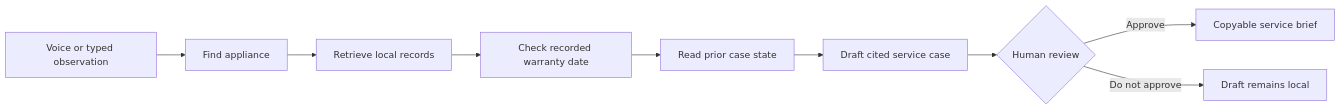
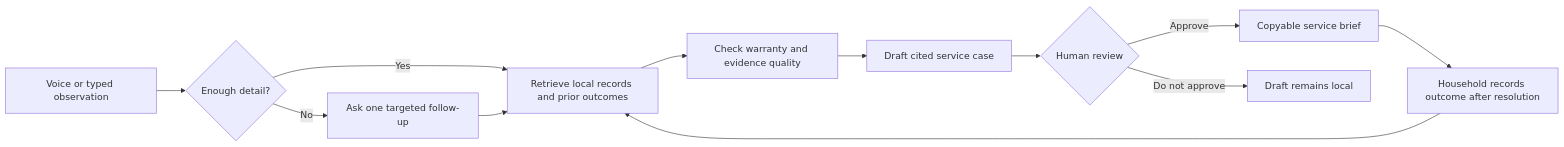
One commit to rehan-ml/latchbook-home-service-agent changed the diagram in README.md. Above: the diagram before and after it, drawn with Mermaid. The commit also changed other lines of this file and 12 other files, not shown here.

````diff
--- a/README.md
+++ b/README.md
@@ -30,11 +30,14 @@
 ```mermaid
 flowchart LR
-    A[Voice or typed observation] --> B[Find appliance]
-    B --> C[Retrieve local records]
-    C --> D[Check recorded warranty date]
-    D --> E[Read prior case state]
+    A[Voice or typed observation] --> B{Enough detail?}
+    B -->|No| C[Ask one targeted follow-up]
+    B -->|Yes| D[Retrieve local records and prior outcomes]
+    C --> D
+    D --> E[Check warranty and evidence quality]
     E --> F[Draft cited service case]
     F --> G{Human review}
     G -->|Approve| H[Copyable service brief]
     G -->|Do not approve| I[Draft remains local]
+    H --> J[Household records outcome after resolution]
+    J --> D
 ```
````
